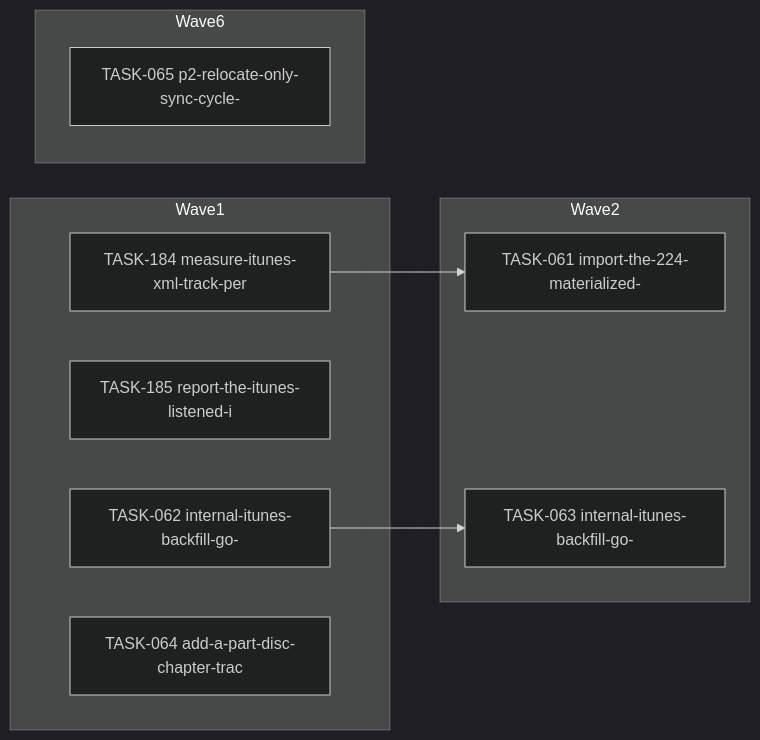
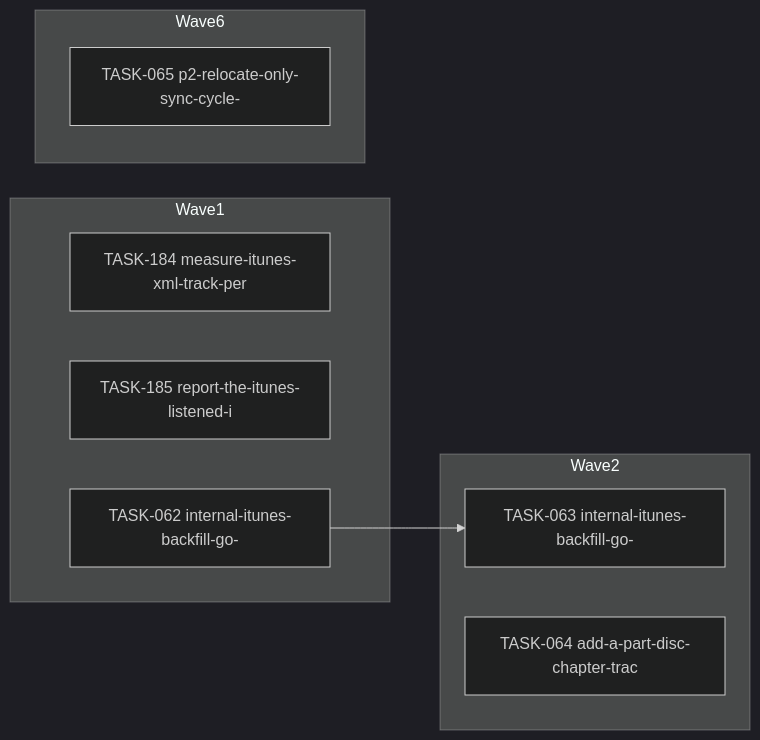
Before and after one commit to falkcorp/audiobook-organizer: the diagram in docs/agent-tasks/todo-completion/itunes/orchestration.md, drawn with Mermaid (dark theme). The commit also changed other lines of this file and 325 other files, not shown here.

````diff
--- a/docs/agent-tasks/todo-completion/itunes/orchestration.md
+++ b/docs/agent-tasks/todo-completion/itunes/orchestration.md
@@ -12,18 +12,16 @@
 ```mermaid
 flowchart LR
     subgraph Wave1
       TASK184[TASK-184 measure-itunes-xml-track-per]
       TASK185[TASK-185 report-the-itunes-listened-i]
       TASK062[TASK-062 internal-itunes-backfill-go-]
-      TASK064[TASK-064 add-a-part-disc-chapter-trac]
     end
     subgraph Wave2
-      TASK061[TASK-061 import-the-224-materialized-]
       TASK063[TASK-063 internal-itunes-backfill-go-]
+      TASK064[TASK-064 add-a-part-disc-chapter-trac]
     end
     subgraph Wave6
       TASK065[TASK-065 p2-relocate-only-sync-cycle-]
     end
     TASK062 --> TASK063
-    TASK184 --> TASK061
 ```
````
